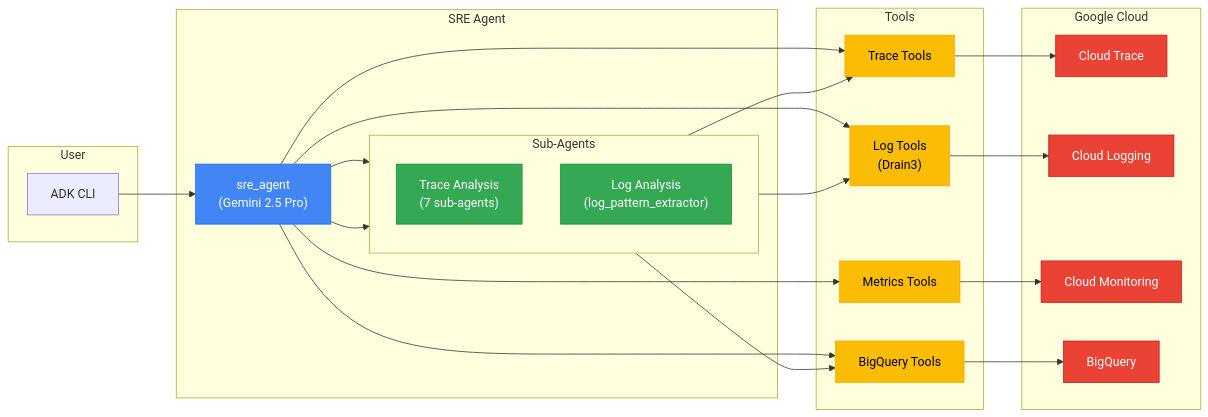
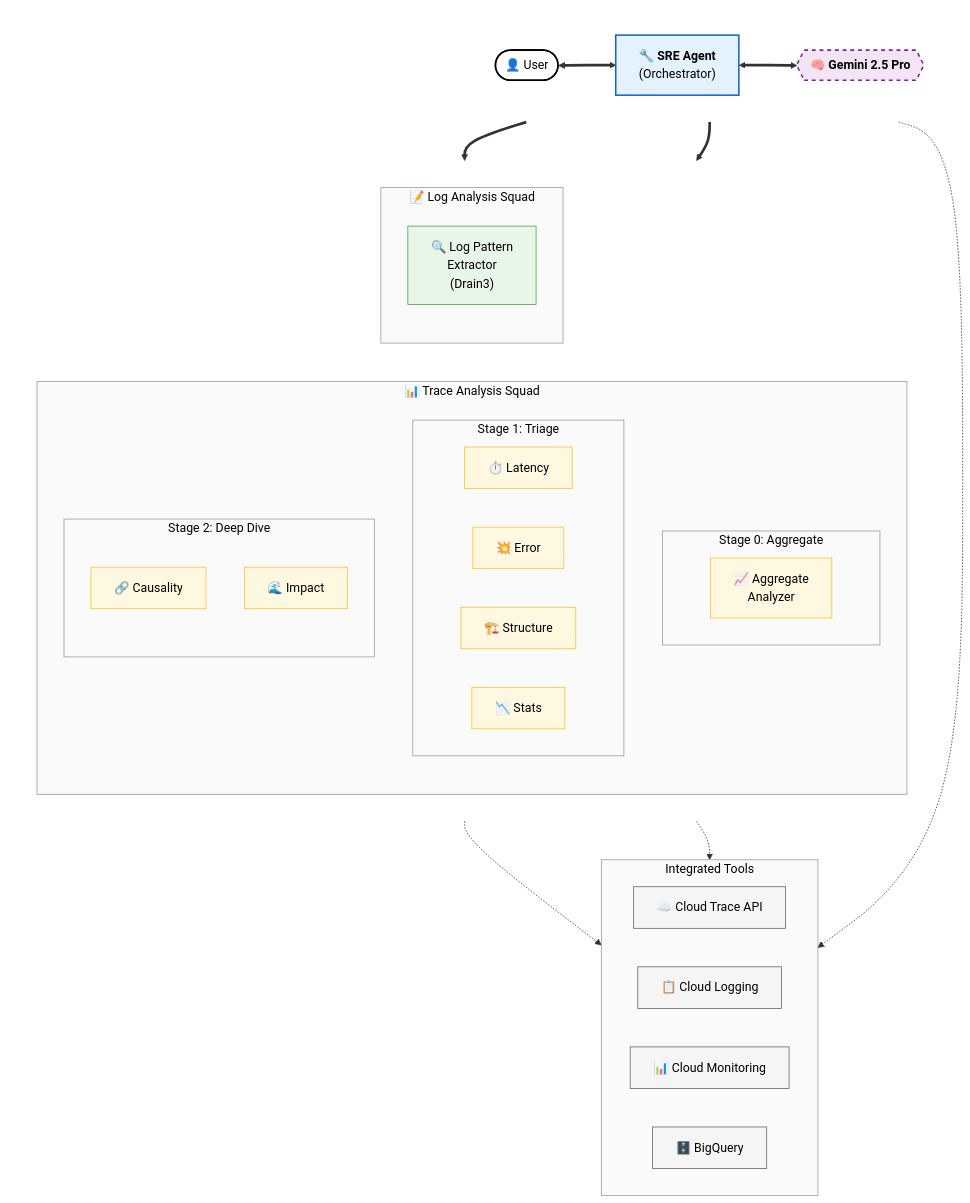
One commit to srtux/trace_analyzer changed the first of 2 diagrams in README.md. Above: the diagram before and after it, drawn with Mermaid. The commit also changed other lines of this file and 1 other file, not shown here.

Commit message:
docs: Restore detailed mermaid diagrams and add agent rules
README.md:
- Restore detailed System Architecture flowchart with proper styling
- Add Interaction Workflow sequence diagram showing investigation phases
- Include all sub-agents (Trace Squad + Log Squad) with emojis
- Show parallel analysis in sequence diagram

AGENTS.md:
- Simplify to focus on agent coding rules
- Add "Documentation Requirements" section with diagram update rules
- Add "Deployment Script Requirements" section
- Reference README.md for architecture diagrams instead of duplicating

````diff
--- a/README.md
+++ b/README.md
@@ -11,53 +15,81 @@
 ```mermaid
-flowchart LR
-    subgraph User["User"]
-        CLI["ADK CLI"]
+%%{init: {
+  'theme': 'base',
+  'themeVariables': {
+    'fontFamily': 'arial',
+    'fontSize': '16px',
+    'lineColor': '#333333',
+    'primaryTextColor': '#000000',
+    'tertiaryColor': '#ffffff',
+    'clusterBkg': '#fafafa',
+    'clusterBorder': '#999999'
+  }
+}}%%
+flowchart TB
+    subgraph ControlRow [ ]
+        direction LR
+        User([👤 User])
+        Agent["🔧 <b>SRE Agent</b><br/>(Orchestrator)"]
+        Gemini{{"🧠 <b>Gemini 2.5 Pro</b>"}}
+
+        User <==> Agent
+        Agent <==> Gemini
     end
 
-    subgraph Agent["SRE Agent"]
-        Main["sre_agent<br/>(Gemini 2.5 Pro)"]
+    subgraph Squads [ ]
+        direction LR
 
-        subgraph SubAgents["Sub-Agents"]
+        subgraph TraceSquad [📊 Trace Analysis Squad]
             direction TB
-            TA["Trace Analysis<br/>(7 sub-agents)"]
-            LA["Log Analysis<br/>(log_pattern_extractor)"]
+            subgraph Stage0 [Stage 0: Aggregate]
+                AGG["📈 Aggregate<br/>Analyzer"]
+            end
+            subgraph Stage1 [Stage 1: Triage]
+                L["⏱️ Latency"]
+                E["💥 Error"]
+                S["🏗️ Structure"]
+                ST["📉 Stats"]
+            end
+            subgraph Stage2 [Stage 2: Deep Dive]
+                C["🔗 Causality"]
+                SI["🌊 Impact"]
+            end
+        end
+
+        subgraph LogSquad [📝 Log Analysis Squad]
+            direction TB
+            LP["🔍 Log Pattern<br/>Extractor<br/>(Drain3)"]
         end
     end
 
-    subgraph Tools["Tools"]
-        TT["Trace Tools"]
-        BQ["BigQuery Tools"]
-        LT["Log Tools<br/>(Drain3)"]
-        MT["Metrics Tools"]
+    subgraph ToolLayer [Integrated Tools]
+        direction LR
+        TraceAPI["☁️ Cloud Trace API"]
+        LogAPI["📋 Cloud Logging"]
+        MetricsAPI["📊 Cloud Monitoring"]
+        BQ["🗄️ BigQuery"]
     end
 
-    subgraph GCP["Google Cloud"]
-        Trace["Cloud Trace"]
-        Logging["Cloud Logging"]
-        Monitoring["Cloud Monitoring"]
-        BigQuery["BigQuery"]
-    end
+    Agent ==> TraceSquad
+    Agent ==> LogSquad
+    Agent -.-> ToolLayer
+    TraceSquad -.-> ToolLayer
+    LogSquad -.-> ToolLayer
 
-    CLI --> Main
-    Main --> TA
-    Main --> LA
-    Main --> TT & BQ & LT & MT
+    style ControlRow fill:none,stroke:none
+    style Squads fill:none,stroke:none
 
-    TA --> TT & BQ
-    LA --> LT
+    classDef userNode fill:#ffffff,stroke:#000000,stroke-width:2px;
+    classDef agentNode fill:#e3f2fd,stroke:#1565c0,stroke-width:2px;
+    classDef brainNode fill:#f3e5f5,stroke:#7b1fa2,stroke-width:2px,stroke-dasharray: 5 5;
+    classDef squadNode fill:#fff8e1,stroke:#fbc02d,stroke-width:1px;
+    classDef logNode fill:#e8f5e9,stroke:#43a047,stroke-width:1px;
+    classDef toolNode fill:#f5f5f5,stroke:#616161,stroke-width:1px;
 
-    TT --> Trace
-    LT --> Logging
-    MT --> Monitoring
-    BQ --> BigQuery
-
-    classDef gemini fill:#4285f4,stroke:#1a73e8,color:white
-    classDef subagent fill:#34a853,stroke:#1e8e3e,color:white
-    classDef tool fill:#fbbc04,stroke:#f9ab00,color:black
-    classDef gcp fill:#ea4335,stroke:#c5221f,color:white
-
-    class Main gemini
-    class TA,LA subagent
-    class TT,BQ,LT,MT tool
-    class Trace,Logging,Monitoring,BigQuery gcp
+    class User userNode;
+    class Agent agentNode;
+    class Gemini brainNode;
+    class AGG,L,E,S,ST,C,SI squadNode;
+    class LP logNode;
+    class TraceAPI,LogAPI,MetricsAPI,BQ toolNode;
 ```
````
